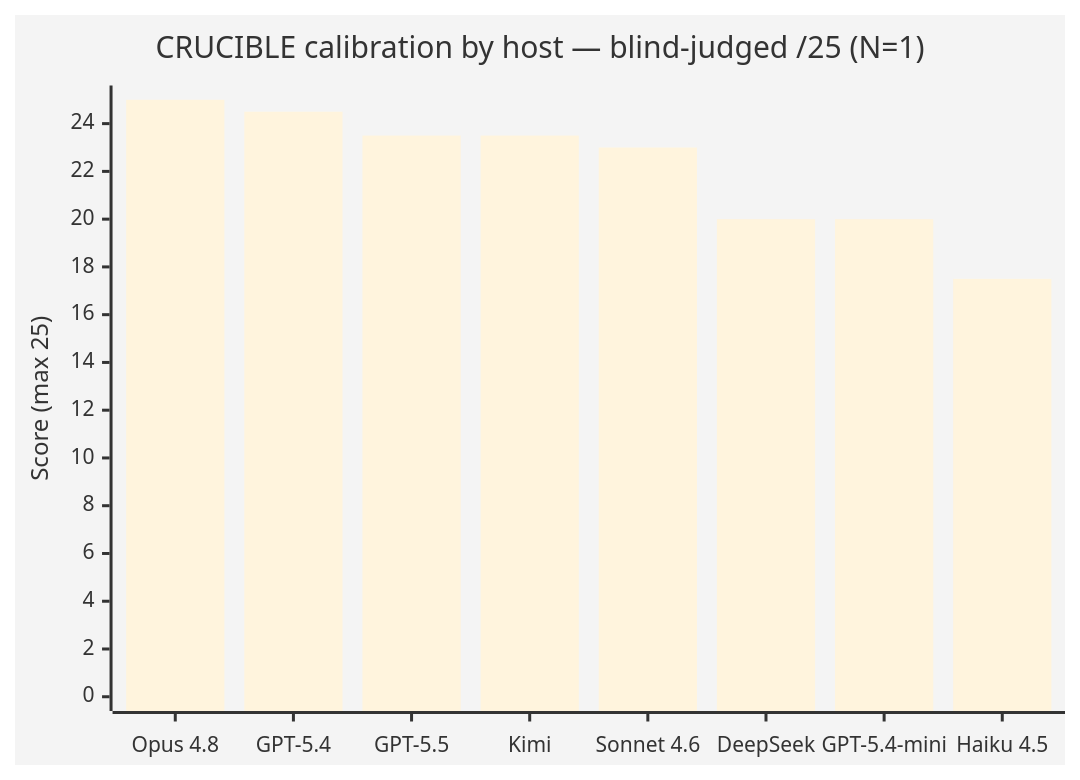
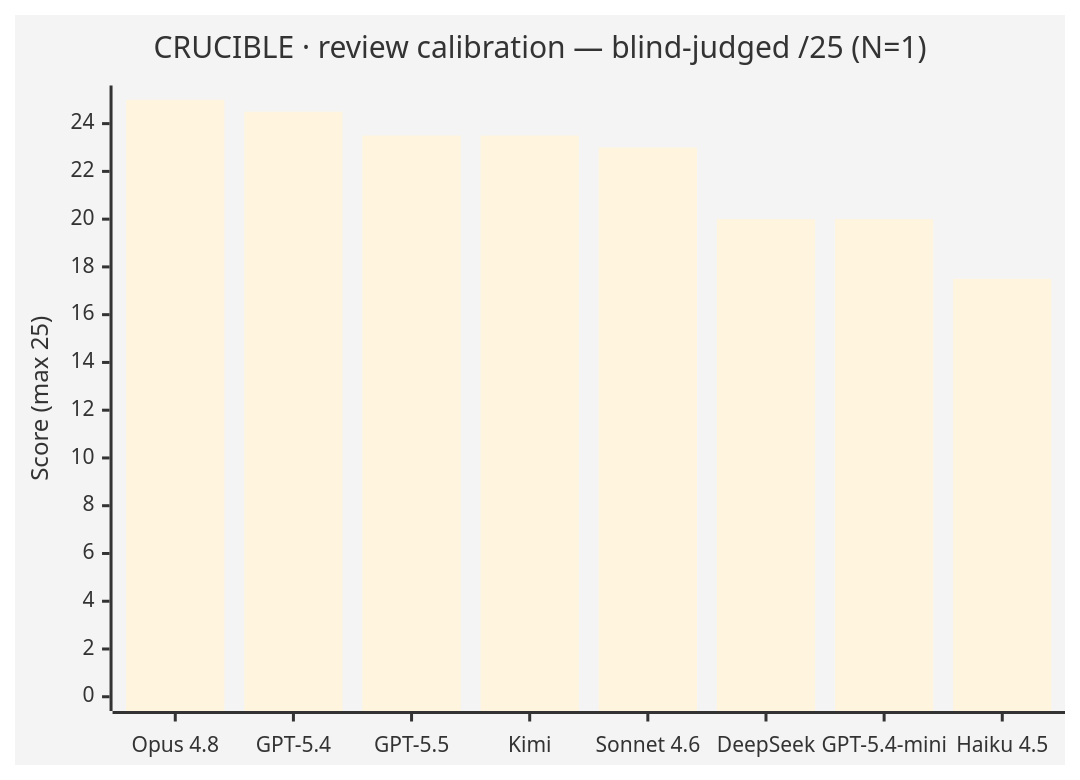
The fourth of 4 diagrams in README.md (flyingsriracha/Anapana), drawn with Mermaid before and after one commit. The commit also changed other lines of this file and 5 other files, not shown here.

````diff
--- a/README.md
+++ b/README.md
@@ -155,8 +86,8 @@
 ```mermaid
 %%{init: {'theme':'base'}}%%
 xychart-beta
-    title "CRUCIBLE calibration by host — blind-judged /25 (N=1)"
+    title "CRUCIBLE · review calibration — blind-judged /25 (N=1)"
     x-axis ["Opus 4.8", "GPT-5.4", "GPT-5.5", "Kimi", "Sonnet 4.6", "DeepSeek", "GPT-5.4-mini", "Haiku 4.5"]
     y-axis "Score (max 25)" 0 --> 25
     bar [25.0, 24.5, 23.5, 23.5, 23.0, 20.0, 20.0, 17.5]
 ```
````
